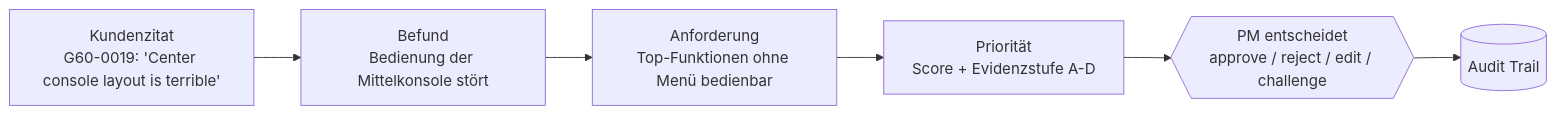
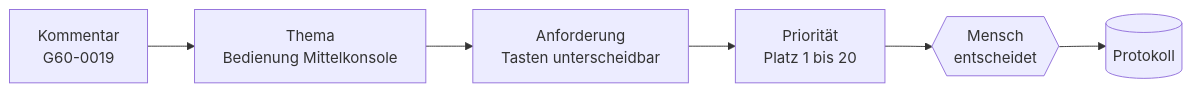
One commit to PiyushPapaya/TUMHackathon26 changed the first of 2 diagrams in START_HIER.md. Above: the diagram before and after it, drawn with Mermaid. The commit also changed other lines of this file and 11 other files, not shown here.

````diff
--- a/START_HIER.md
+++ b/START_HIER.md
@@ -11,8 +17,4 @@
 ```mermaid
 flowchart LR
-  A["Kundenzitat<br/>G60-0019: 'Center console layout is terrible'"] --> B["Befund<br/>Bedienung der Mittelkonsole stört"]
-  B --> C["Anforderung<br/>Top-Funktionen ohne Menü bedienbar"]
-  C --> D["Priorität<br/>Score + Evidenzstufe A-D"]
-  D --> E{{"PM entscheidet<br/>approve / reject / edit / challenge"}}
-  E --> F[("Audit Trail")]
+  A["Kommentar<br/>G60-0019"] --> B["Thema<br/>Bedienung Mittelkonsole"] --> C["Anforderung<br/>Tasten unterscheidbar"] --> D["Priorität<br/>Platz 1 bis 20"] --> E{{"Mensch<br/>entscheidet"}} --> F[("Protokoll")]
 ```
````
